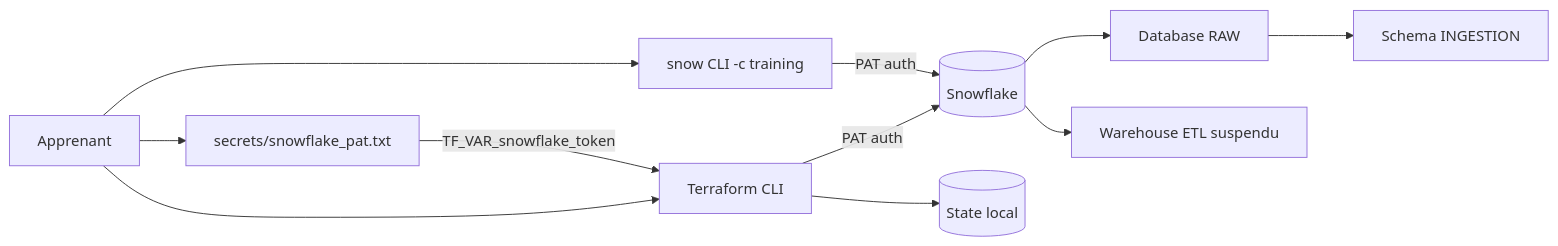
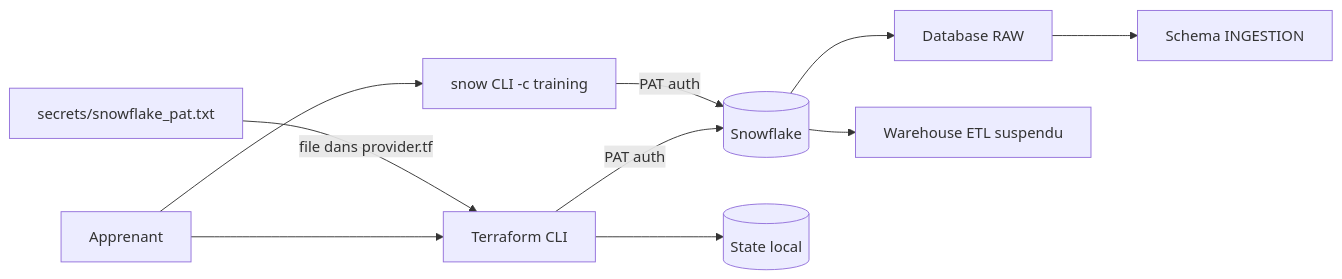
One commit to msellamiTN/Snowflake-terraform changed the diagram in courses/day-01/module-01-iac-workflow/lab.md. Above: the diagram before and after it, drawn with Mermaid. The commit also changed other lines of this file and 19 other files, not shown here.

````diff
--- a/courses/day-01/module-01-iac-workflow/lab.md
+++ b/courses/day-01/module-01-iac-workflow/lab.md
@@ -32,13 +41,12 @@
 ```mermaid
 flowchart LR
     DEV[Apprenant] --> TF[Terraform CLI]
-    DEV --> PAT[secrets/snowflake_pat.txt]
-    PAT -->|TF_VAR_snowflake_token| TF
+    PAT[secrets/snowflake_pat.txt] -->|file dans provider.tf| TF
     TF -->|PAT auth| SF[(Snowflake)]
     TF --> STATE[(State local)]
     DEV --> CLI[snow CLI -c training]
     CLI -->|PAT auth| SF
     SF --> DB[Database RAW]
     DB --> SCHEMA[Schema INGESTION]
     SF --> WH[Warehouse ETL suspendu]
 ```
````
